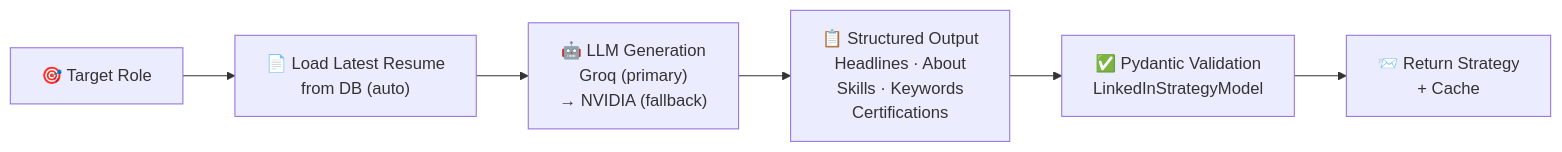
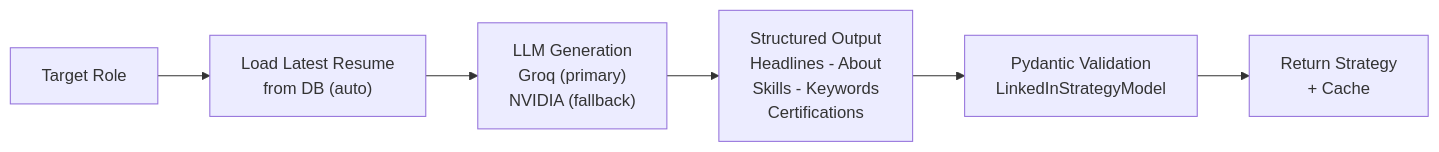
Before and after one commit to Anil-Pradhan-web/ai-career-mentor: the seventh of 12 diagrams in README.md, drawn with Mermaid. The commit also changed other lines of this file and 2 other files, not shown here.

Commit message:
docs: add high-resolution system architecture diagram image to README.md and ARCHITECTURE.md

````diff
--- a/README.md
+++ b/README.md
@@ -353,16 +353,16 @@
 ```mermaid
 flowchart LR
-    A["🎯 Target Role"] --> B["📄 Load Latest Resume
+    A["Target Role"] --> B["Load Latest Resume
     from DB (auto)"]
-    B --> C["🤖 LLM Generation
+    B --> C["LLM Generation
     Groq (primary)
-    → NVIDIA (fallback)"]
-    C --> D["📋 Structured Output
-    Headlines · About
-    Skills · Keywords
+    NVIDIA (fallback)"]
+    C --> D["Structured Output
+    Headlines - About
+    Skills - Keywords
     Certifications"]
-    D --> E["✅ Pydantic Validation
+    D --> E["Pydantic Validation
     LinkedInStrategyModel"]
-    E --> F["📨 Return Strategy
+    E --> F["Return Strategy
     + Cache"]
 ```
````
